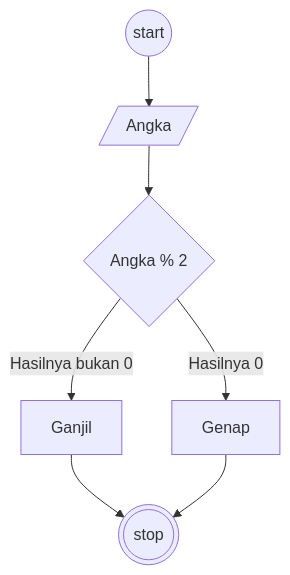
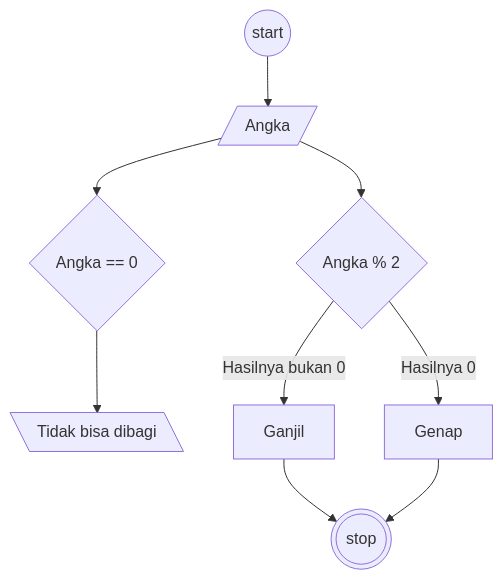
The diagram in flowchart-ganjil-genap.md (AbiPasundan/koda-b6-algoritma), drawn with Mermaid before and after one commit.

````diff
--- a/flowchart-ganjil-genap.md
+++ b/flowchart-ganjil-genap.md
@@ -1,14 +1,17 @@
 ```mermaid
 flowchart TB
  A@{ shape: circ, label: "start"} 
  B@{ shape: lean-r, label: "Angka"}
+ X@{ shape: diamond, label: "Angka == 0"}
+ Y@{ shape: lean-l, label: "Tidak bisa dibagi"}
  C@{ shape: diamond, label: "Angka % 2"}
- D@{ shape: rect, label: "Genap"}
- E@{ shape: rect, label: "Ganjil"}
+ D@{ shape: lean-l, label: "Genap"}
+ E@{ shape: lean-l, label: "Ganjil"}
  Z@{ shape: dbl-circ, label: "stop"}
  A-->B-->
  C-->|Hasilnya 0|D[Genap]
  C-->|Hasilnya bukan 0|E[Ganjil]
+ B-->X-->Y
  E-->Z
  D-->Z
 ```
````
